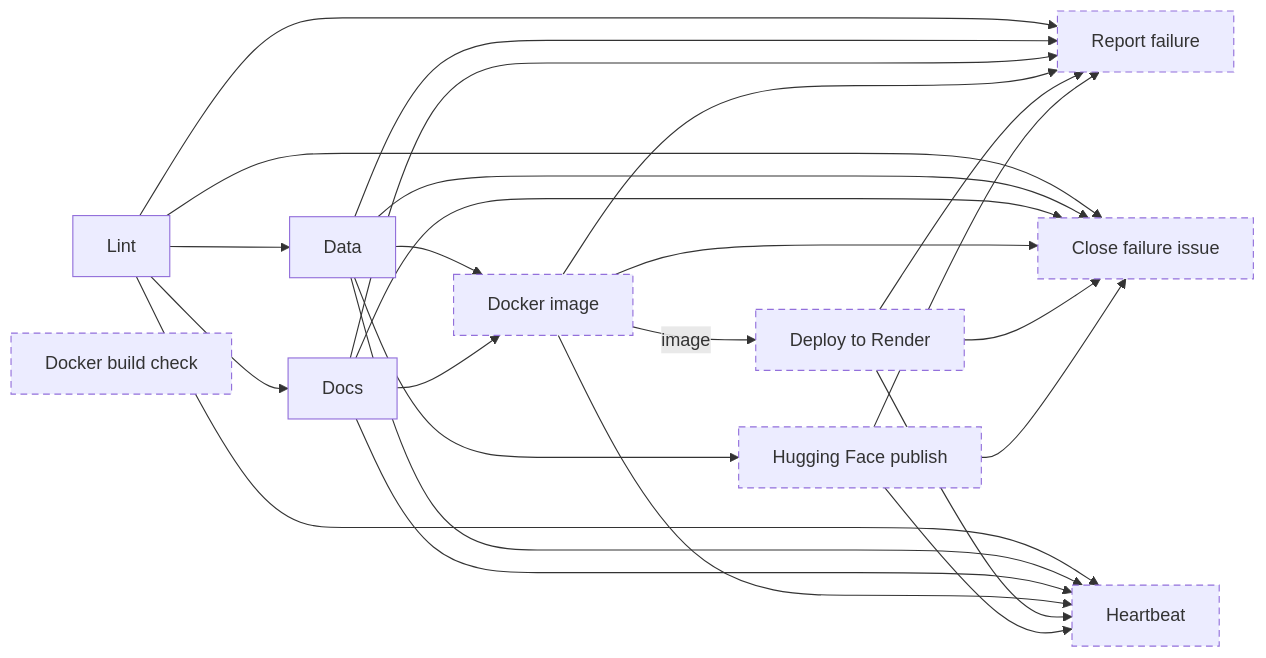
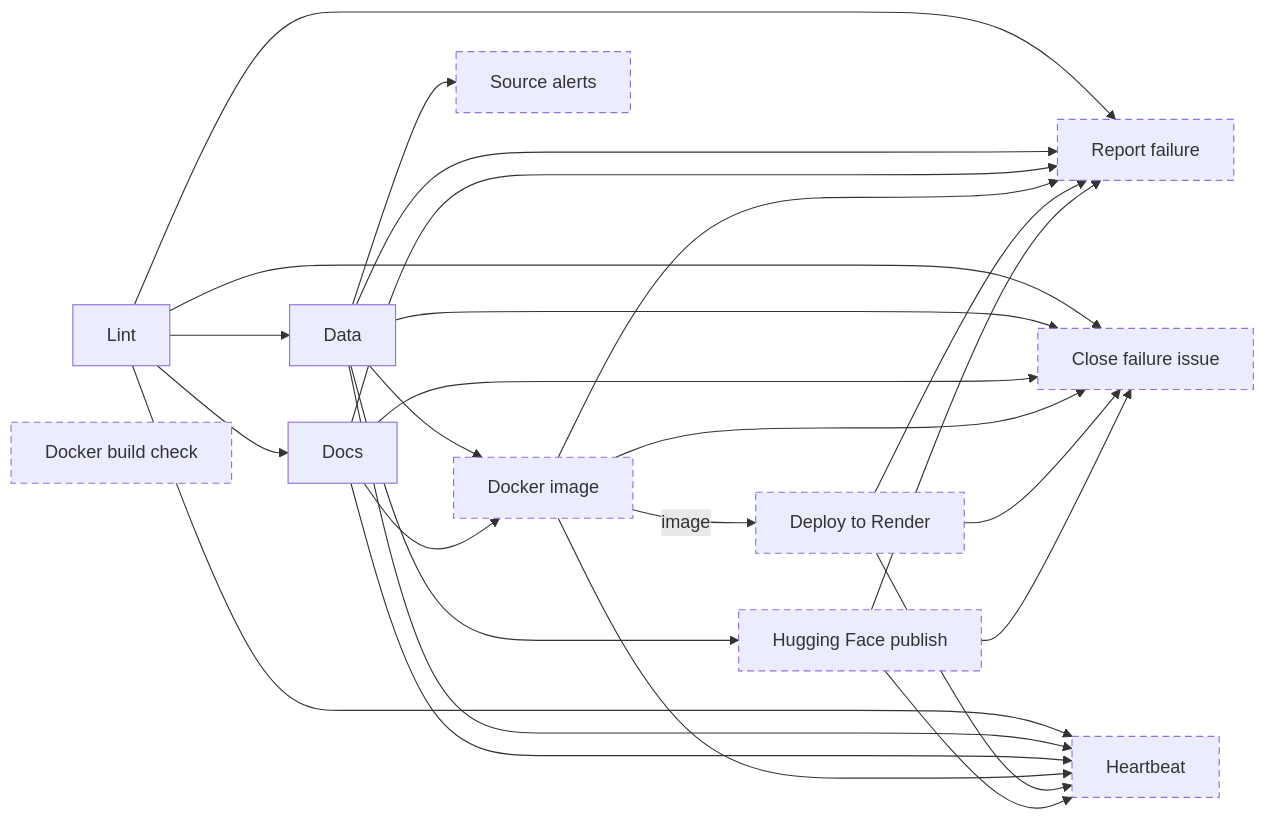
Before and after one commit to tryph0n/hybrid-tracker: the second of 3 diagrams in docs/architecture.md, drawn with Mermaid. The commit also changed other lines of this file and 5 other files, not shown here.

First line of the commit message:
ci(alerts): open one alert issue per source with a cause

````diff
--- a/docs/architecture.md
+++ b/docs/architecture.md
@@ -58,38 +58,40 @@
 ```mermaid
 flowchart LR
   classDef conditional stroke-dasharray: 6 4
   job_lint["Lint"]
   job_data["Data"]
   job_docs["Docs"]
   job_image_check["Docker build check"]:::conditional
   job_image["Docker image"]:::conditional
   job_deploy["Deploy to Render"]:::conditional
   job_publish["Hugging Face publish"]:::conditional
   job_report_failure["Report failure"]:::conditional
+  job_source_alerts["Source alerts"]:::conditional
   job_close_failure["Close failure issue"]:::conditional
   job_heartbeat["Heartbeat"]:::conditional
   job_lint --> job_data
   job_lint --> job_docs
   job_data --> job_image
   job_docs --> job_image
   job_image -->|image| job_deploy
   job_data --> job_publish
   job_lint --> job_report_failure
   job_data --> job_report_failure
   job_docs --> job_report_failure
   job_image --> job_report_failure
   job_deploy --> job_report_failure
   job_publish --> job_report_failure
+  job_data --> job_source_alerts
   job_lint --> job_close_failure
   job_data --> job_close_failure
   job_docs --> job_close_failure
   job_image --> job_close_failure
   job_deploy --> job_close_failure
   job_publish --> job_close_failure
   job_lint --> job_heartbeat
   job_data --> job_heartbeat
   job_docs --> job_heartbeat
   job_image --> job_heartbeat
   job_deploy --> job_heartbeat
   job_publish --> job_heartbeat
 ```
````
